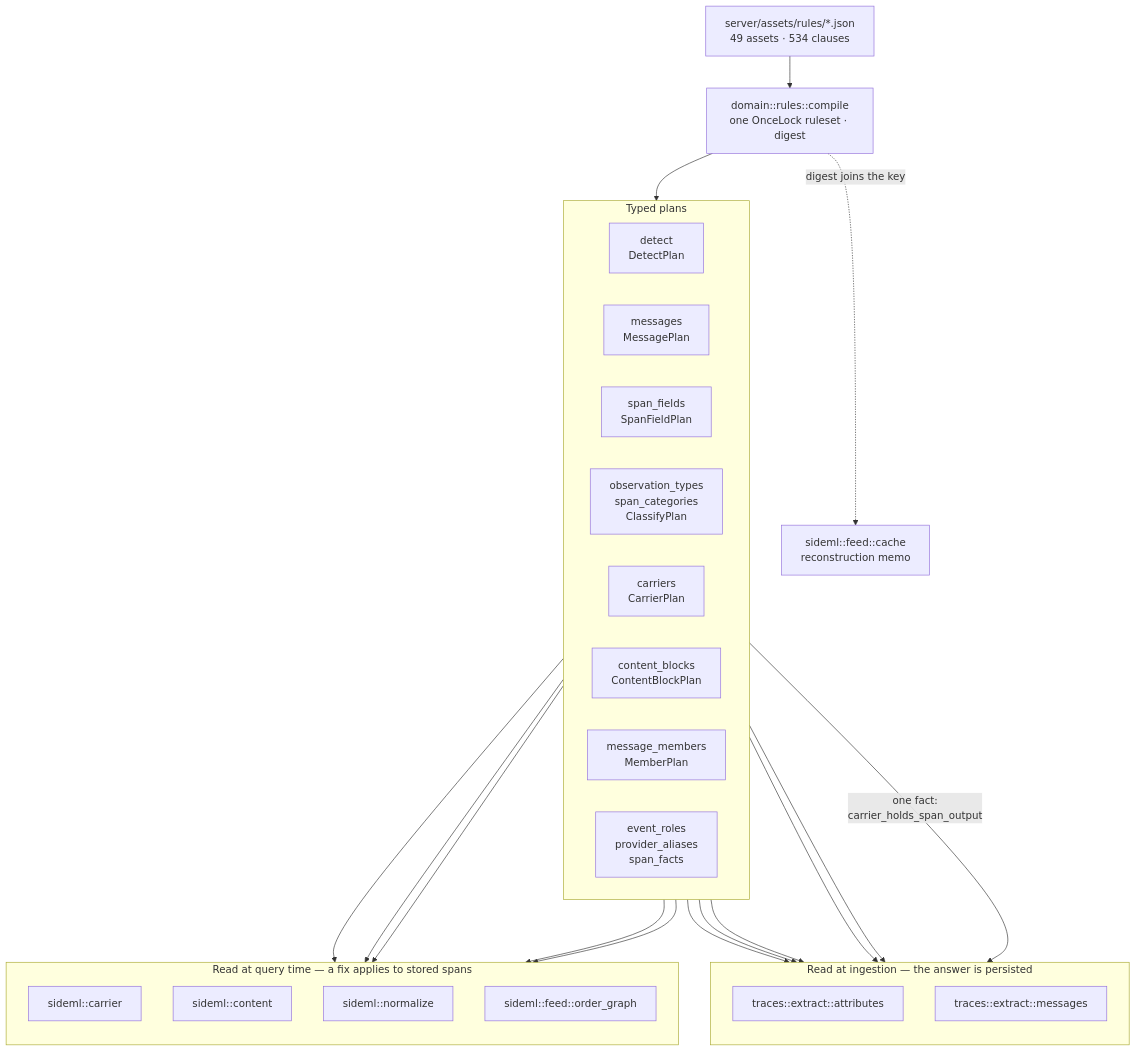
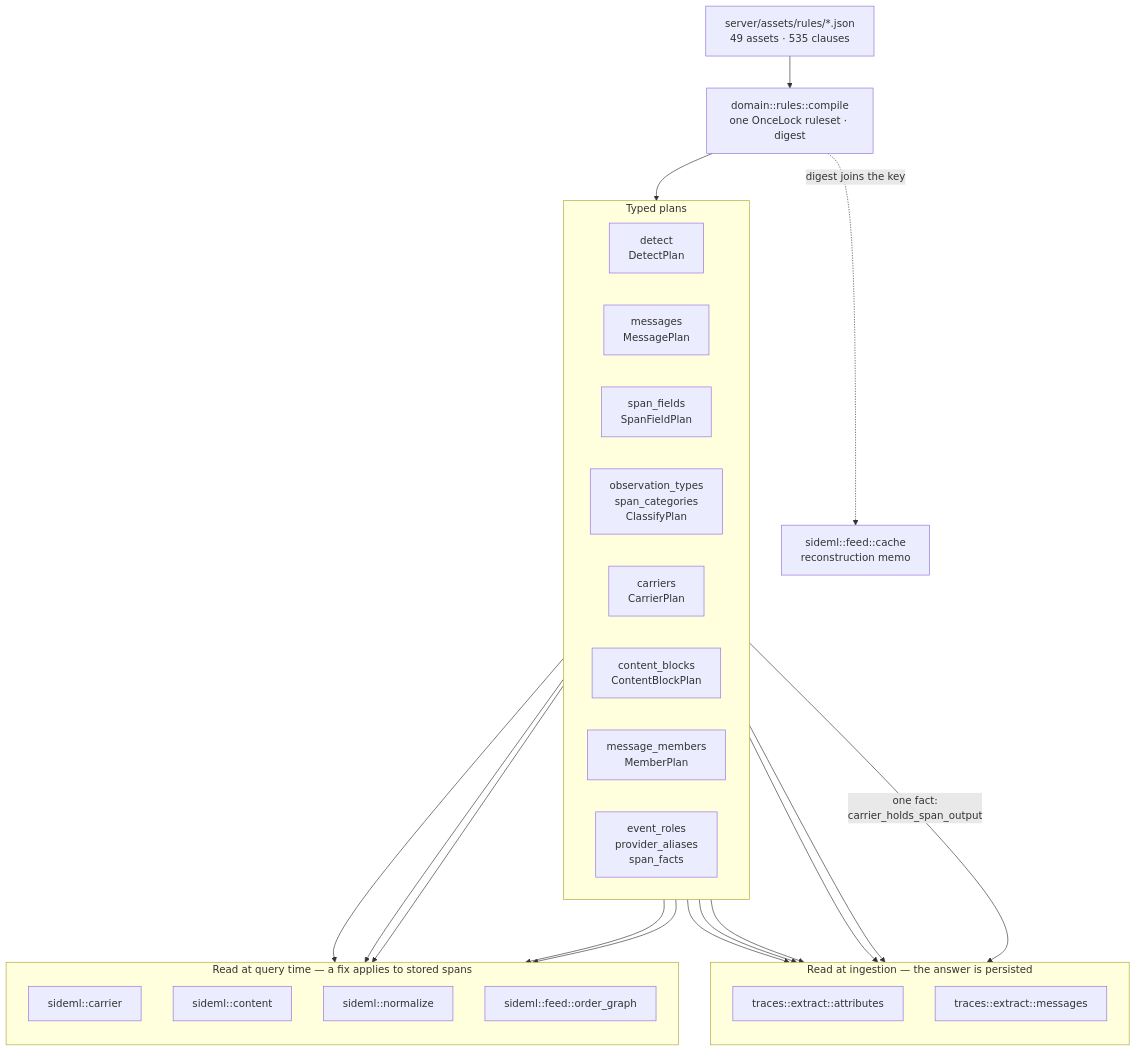
Before and after one commit to sideseat/sideseat: the first of 7 diagrams in docs/engineering/architecture-diagrams.md, drawn with Mermaid. The commit also changed 1 other file, not shown here.

Commit message:
docs(engineering): count the tool-call execution rule
96430c37 added a classification clause; the engine document and the
architecture diagram state the asset and clause counts the tree holds.

````diff
--- a/docs/engineering/architecture-diagrams.md
+++ b/docs/engineering/architecture-diagrams.md
@@ -18,47 +18,47 @@
 ```mermaid
 flowchart TB
-    assets["server/assets/rules/*.json<br/>49 assets · 534 clauses"]
+    assets["server/assets/rules/*.json<br/>49 assets · 535 clauses"]
     compile["domain::rules::compile<br/>one OnceLock ruleset · digest"]
     assets --> compile
 
     subgraph plans["Typed plans"]
         direction LR
         detect["detect<br/>DetectPlan"]
         messages["messages<br/>MessagePlan"]
         fields["span_fields<br/>SpanFieldPlan"]
         classify["observation_types<br/>span_categories<br/>ClassifyPlan"]
         carriers["carriers<br/>CarrierPlan"]
         blocks["content_blocks<br/>ContentBlockPlan"]
         members["message_members<br/>MemberPlan"]
         roles["event_roles<br/>provider_aliases<br/>span_facts"]
     end
     compile --> plans
 
     subgraph ingest["Read at ingestion — the answer is persisted"]
         direction TB
         attrs["traces::extract::attributes"]
         msgs["traces::extract::messages"]
     end
 
     subgraph query["Read at query time — a fix applies to stored spans"]
         direction TB
         carrier["sideml::carrier"]
         content["sideml::content"]
         normalize["sideml::normalize"]
         order["sideml::feed::order_graph"]
     end
 
     detect --> attrs
     fields --> attrs
     classify --> attrs
     roles --> attrs
     messages --> msgs
     carriers -->|"one fact:<br/>carrier_holds_span_output"| msgs
     carriers --> carrier
     carriers --> order
     blocks --> content
     members --> content
     roles --> normalize
 
     compile -. "digest joins the key" .-> cache["sideml::feed::cache<br/>reconstruction memo"]
 ```
````
